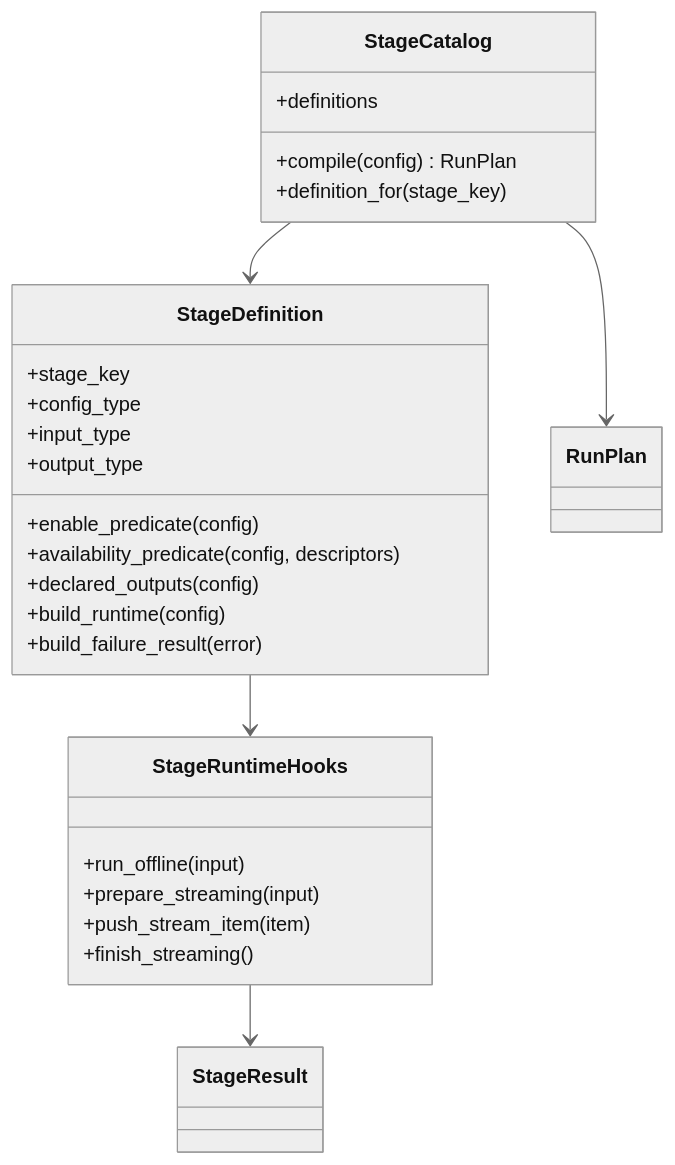
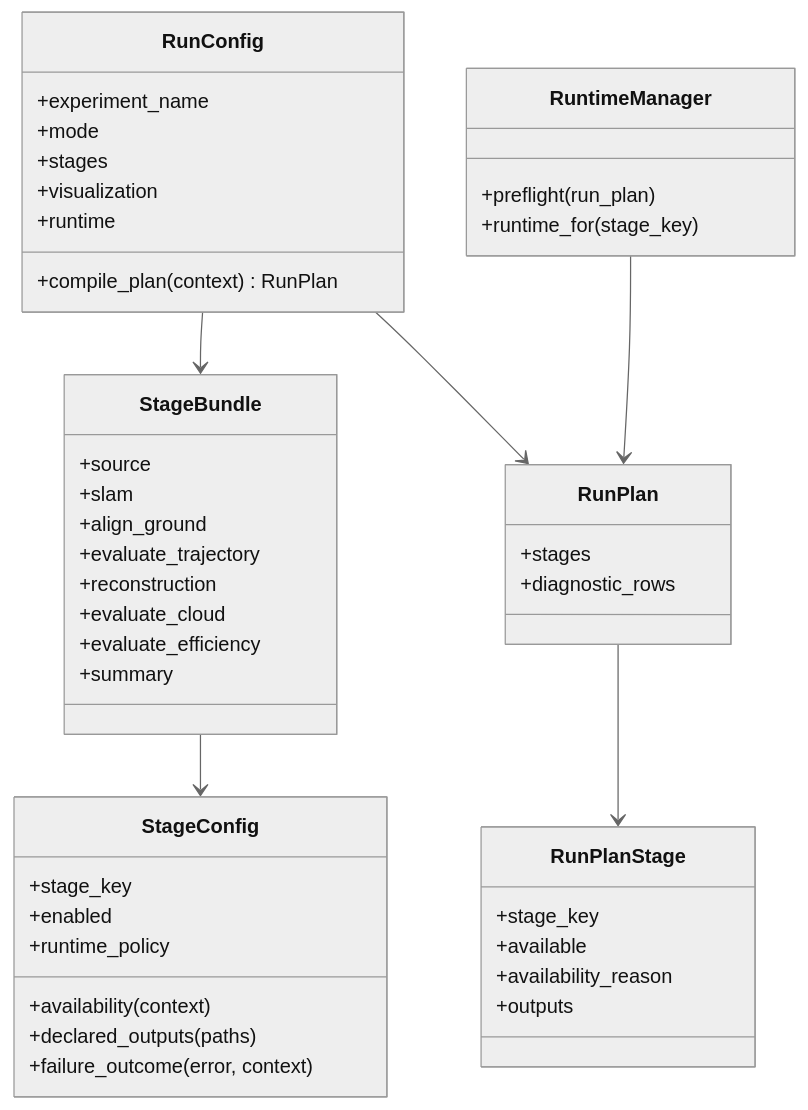
One commit to JanDuchscherer104/prml-vslam changed the third of 13 diagrams in docs/architecture/pipeline-stage-refactor-target.md. Above: the diagram before and after it, drawn with Mermaid (neutral theme). The commit also changed other lines of this file and 1 other file, not shown here.

Commit message:
docs: update refactor plan

````diff
--- a/docs/architecture/pipeline-stage-refactor-target.md
+++ b/docs/architecture/pipeline-stage-refactor-target.md
@@ -241,35 +236,54 @@
 ```mermaid
 classDiagram
-    class StageCatalog {
-        +definitions
-        +compile(config) RunPlan
-        +definition_for(stage_key)
+    class RunConfig {
+        +experiment_name
+        +mode
+        +stages
+        +visualization
+        +runtime
+        +compile_plan(context) RunPlan
     }
 
-    class StageDefinition {
-        +stage_key
-        +config_type
-        +input_type
-        +output_type
-        +enable_predicate(config)
-        +availability_predicate(config, descriptors)
-        +declared_outputs(config)
-        +build_runtime(config)
-        +build_failure_result(error)
+    class StageBundle {
+        +source
+        +slam
+        +align_ground
+        +evaluate_trajectory
+        +reconstruction
+        +evaluate_cloud
+        +evaluate_efficiency
+        +summary
     }
 
-    class StageRuntimeHooks {
-        +run_offline(input)
-        +prepare_streaming(input)
-        +push_stream_item(item)
-        +finish_streaming()
+    class StageConfig {
+        +stage_key
+        +enabled
+        +runtime_policy
+        +availability(context)
+        +declared_outputs(paths)
+        +failure_outcome(error, context)
     }
 
-    class RunPlan
-    class StageResult
+    class RunPlan {
+        +stages
+        +diagnostic_rows
+    }
 
-    StageCatalog --> StageDefinition
-    StageDefinition --> StageRuntimeHooks
-    StageCatalog --> RunPlan
-    StageRuntimeHooks --> StageResult
+    class RunPlanStage {
+        +stage_key
+        +available
+        +availability_reason
+        +outputs
+    }
+
+    class RuntimeManager {
+        +preflight(run_plan)
+        +runtime_for(stage_key)
+    }
+
+    RunConfig --> StageBundle
+    StageBundle --> StageConfig
+    RunConfig --> RunPlan
+    RunPlan --> RunPlanStage
+    RuntimeManager --> RunPlan
 ```
````
